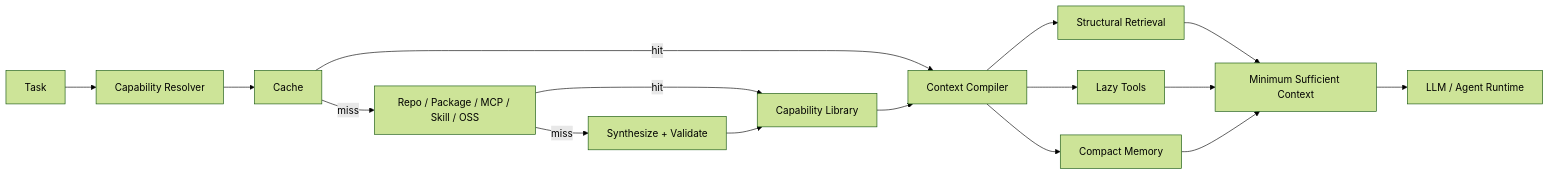
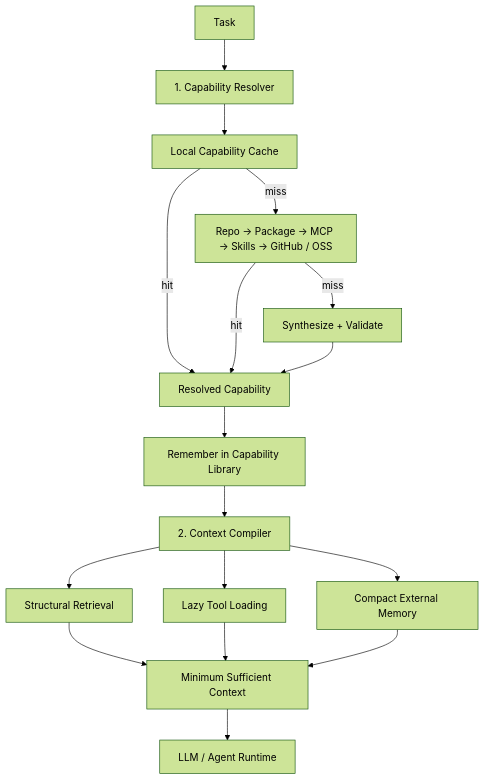
One commit to kisibongtoi772/agent_sufficiency_system changed the diagram in README.md. Above: the diagram before and after it, drawn with Mermaid (forest theme). The commit also changed other lines of this file, not shown here.

Commit message:
docs: improve result visuals architecture and roadmap

````diff
--- a/README.md
+++ b/README.md
@@ -108,23 +119,25 @@
 ```mermaid
-flowchart LR
-    A[Task] --> B[Capability Resolver]
+flowchart TD
+    A[Task] --> B[1. Capability Resolver]
 
-    B --> C[Cache]
-    C -->|miss| D[Repo / Package / MCP / Skill / OSS]
+    B --> C[Local Capability Cache]
+    C -->|miss| D[Repo → Package → MCP → Skills → GitHub / OSS]
     D -->|miss| E[Synthesize + Validate]
 
-    D -->|hit| F[Capability Library]
+    C -->|hit| F[Resolved Capability]
+    D -->|hit| F
     E --> F
-    C -->|hit| G[Context Compiler]
-    F --> G
 
-    G --> H[Structural Retrieval]
-    G --> I[Lazy Tools]
-    G --> J[Compact Memory]
+    F --> G[Remember in Capability Library]
+    G --> H[2. Context Compiler]
 
-    H --> K[Minimum Sufficient Context]
-    I --> K
-    J --> K
+    H --> I[Structural Retrieval]
+    H --> J[Lazy Tool Loading]
+    H --> K[Compact External Memory]
 
-    K --> L[LLM / Agent Runtime]
+    I --> L[Minimum Sufficient Context]
+    J --> L
+    K --> L
+
+    L --> M[LLM / Agent Runtime]
 ```
````
